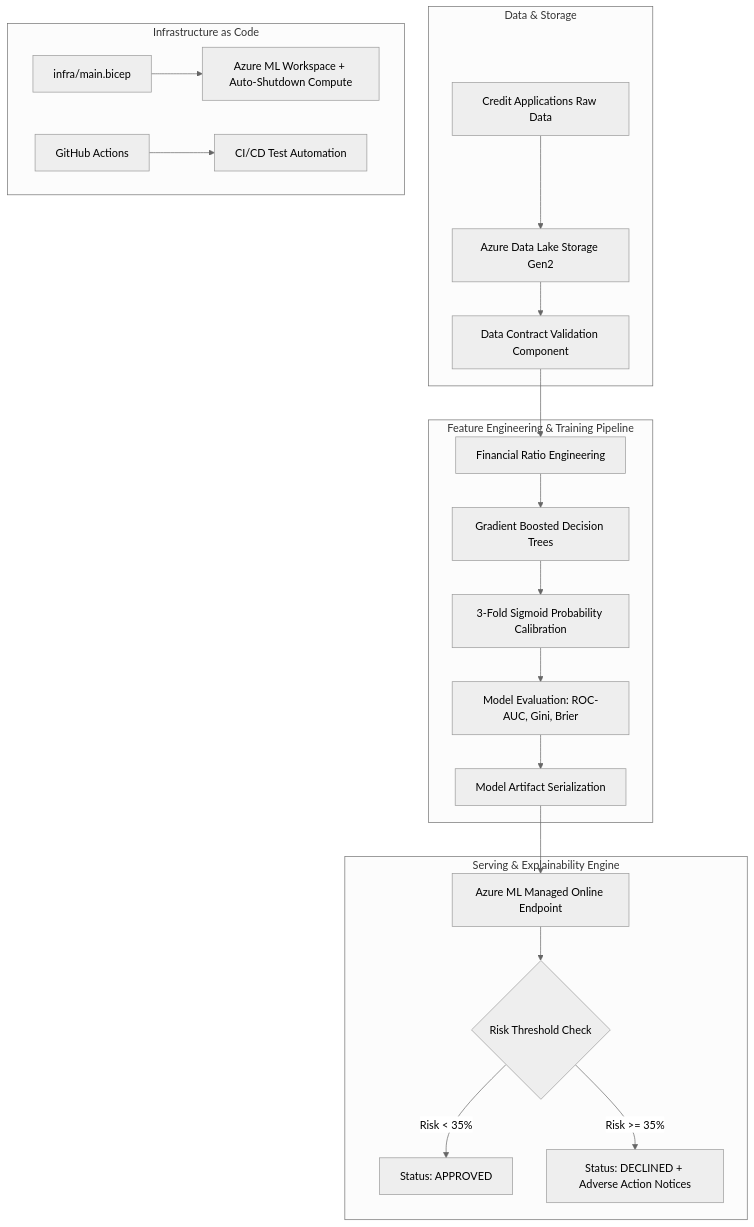
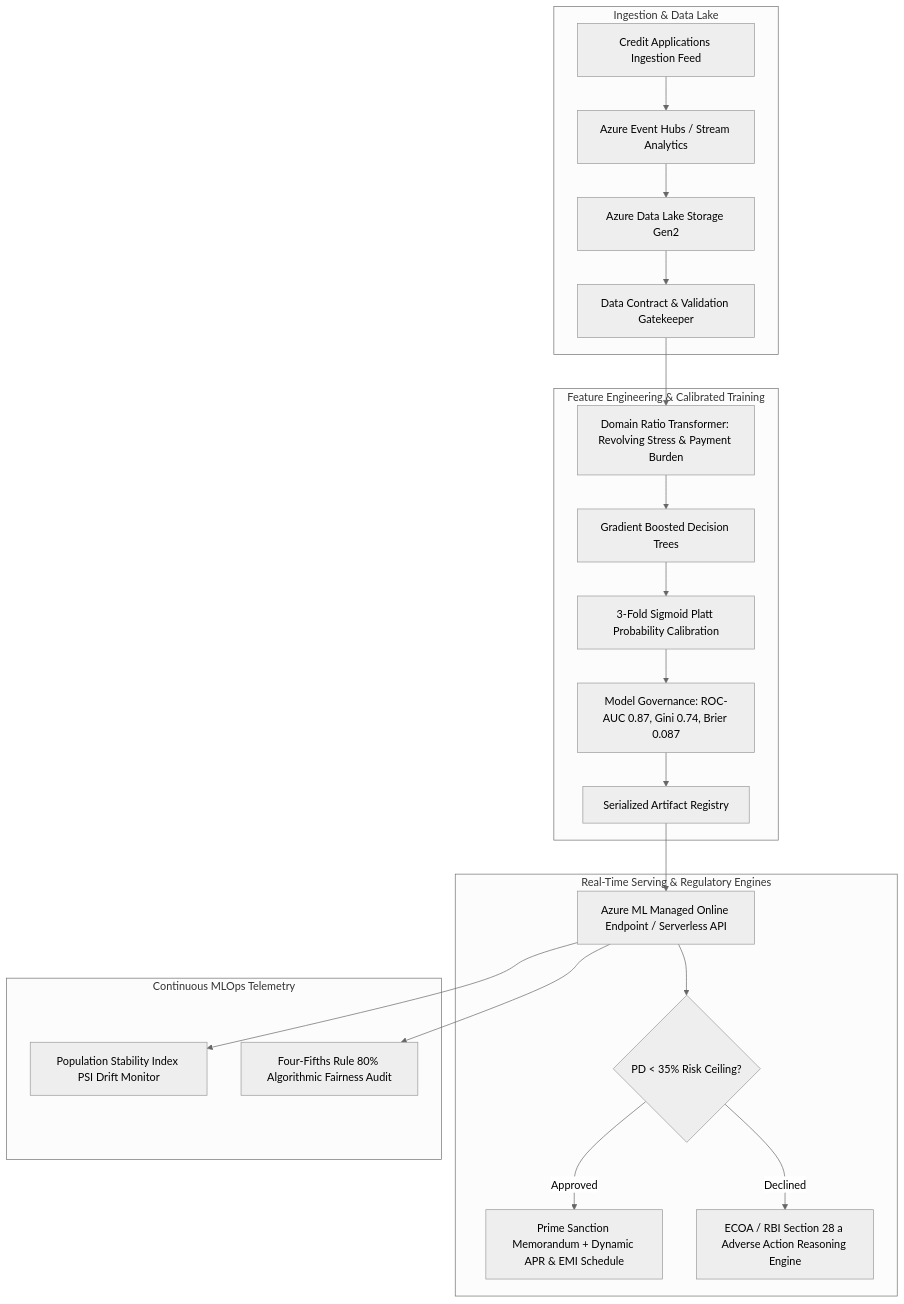
One commit to moryesoham4-SR/finshield-credit-risk-mlops changed the diagram in README.md. Above: the diagram before and after it, drawn with Mermaid (neutral theme). The commit also changed other lines of this file, not shown here.

Commit message:
docs: overhaul README with enterprise badges, system architecture, benchmarks, and regulatory certifications

````diff
--- a/README.md
+++ b/README.md
@@ -24,27 +28,28 @@
 ```mermaid
 flowchart TD
-    subgraph Data & Storage
-        A[Credit Applications Raw Data] --> B[Azure Data Lake Storage Gen2]
-        B --> C[Data Contract Validation Component]
+    subgraph Ingestion & Data Lake
+        A[Credit Applications Ingestion Feed] --> B[Azure Event Hubs / Stream Analytics]
+        B --> C[Azure Data Lake Storage Gen2]
+        C --> D[Data Contract & Validation Gatekeeper]
     end
 
-    subgraph Feature Engineering & Training Pipeline
-        C --> D[Financial Ratio Engineering]
-        D --> E[Gradient Boosted Decision Trees]
-        E --> F[3-Fold Sigmoid Probability Calibration]
-        F --> G[Model Evaluation: ROC-AUC, Gini, Brier]
-        G --> H[Model Artifact Serialization]
+    subgraph Feature Engineering & Calibrated Training
+        D --> E[Domain Ratio Transformer: Revolving Stress & Payment Burden]
+        E --> F[Gradient Boosted Decision Trees]
+        F --> G[3-Fold Sigmoid Platt Probability Calibration]
+        G --> H[Model Governance: ROC-AUC 0.87, Gini 0.74, Brier 0.087]
+        H --> I[Serialized Artifact Registry]
     end
 
-    subgraph Serving & Explainability Engine
-        H --> I[Azure ML Managed Online Endpoint]
-        I --> J{Risk Threshold Check}
-        J -->|Risk < 35%| K[Status: APPROVED]
-        J -->|Risk >= 35%| L[Status: DECLINED + Adverse Action Notices]
+    subgraph Real-Time Serving & Regulatory Engines
+        I --> J[Azure ML Managed Online Endpoint / Serverless API]
+        J --> K{PD < 35% Risk Ceiling?}
+        K -->|Approved| L[Prime Sanction Memorandum + Dynamic APR & EMI Schedule]
+        K -->|Declined| M[ECOA / RBI Section 28 a Adverse Action Reasoning Engine]
     end
 
-    subgraph Infrastructure as Code
-        M[infra/main.bicep] --> N[Azure ML Workspace + Auto-Shutdown Compute]
-        O[GitHub Actions] --> P[CI/CD Test Automation]
+    subgraph Continuous MLOps Telemetry
+        J --> N[Population Stability Index PSI Drift Monitor]
+        J --> O[Four-Fifths Rule 80% Algorithmic Fairness Audit]
     end
 ```
````
